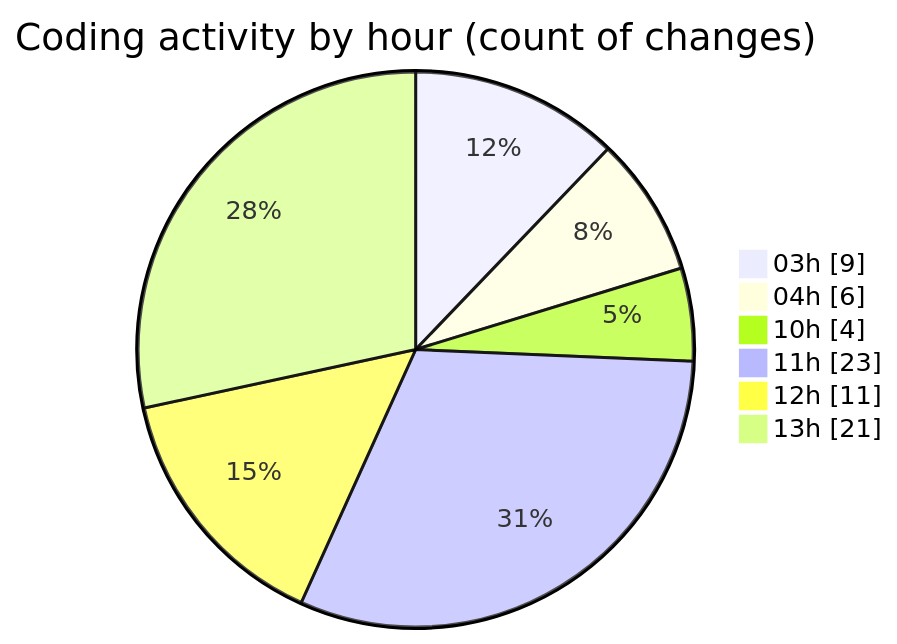
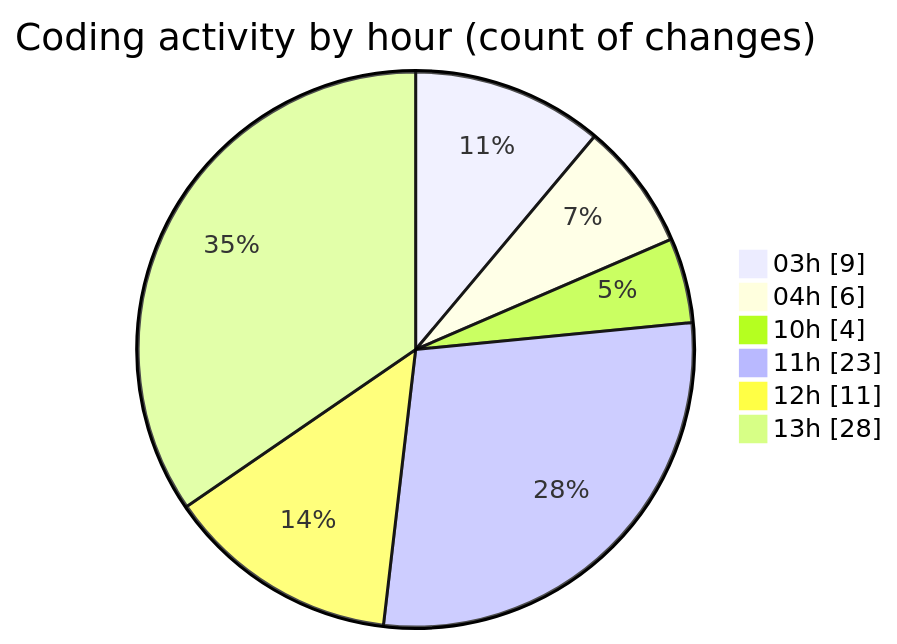
The second of 2 diagrams in 2025-10-30/eventscop-frontend-guide__workspace_/README.md (julien-gomy/code-tracking), drawn with Mermaid before and after one commit. The commit also changed other lines of this file and 1 other file, not shown here.

````diff
--- a/2025-10-30/eventscop-frontend-guide__workspace_/README.md
+++ b/2025-10-30/eventscop-frontend-guide__workspace_/README.md
@@ -42,10 +42,10 @@
 ```mermaid
 pie showData
 title Coding activity by hour (count of changes)
 "03h" : 9
 "04h" : 6
 "10h" : 4
 "11h" : 23
 "12h" : 11
-"13h" : 21
+"13h" : 28
 ```
````
